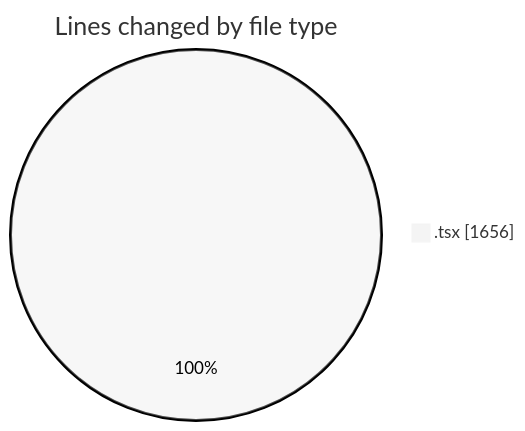
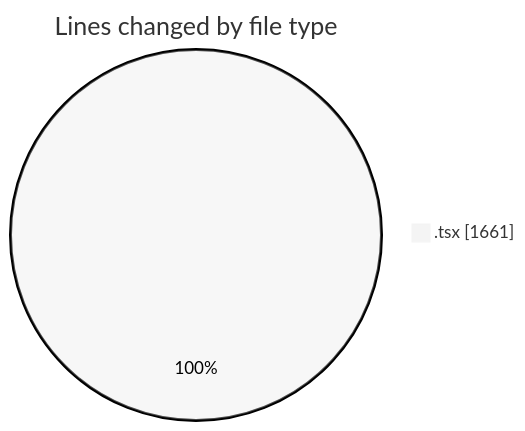
One commit to momahboobian/code-tracking changed the first of 2 diagrams in 2025-06-12/cda/README.md. Above: the diagram before and after it, drawn with Mermaid (neutral theme). The commit also changed other lines of this file and 1 other file, not shown here.

````diff
--- a/2025-06-12/cda/README.md
+++ b/2025-06-12/cda/README.md
@@ -22,5 +22,5 @@
 ```mermaid
 pie showData
 title Lines changed by file type
-".tsx" : 1656
+".tsx" : 1661
 ```
````
